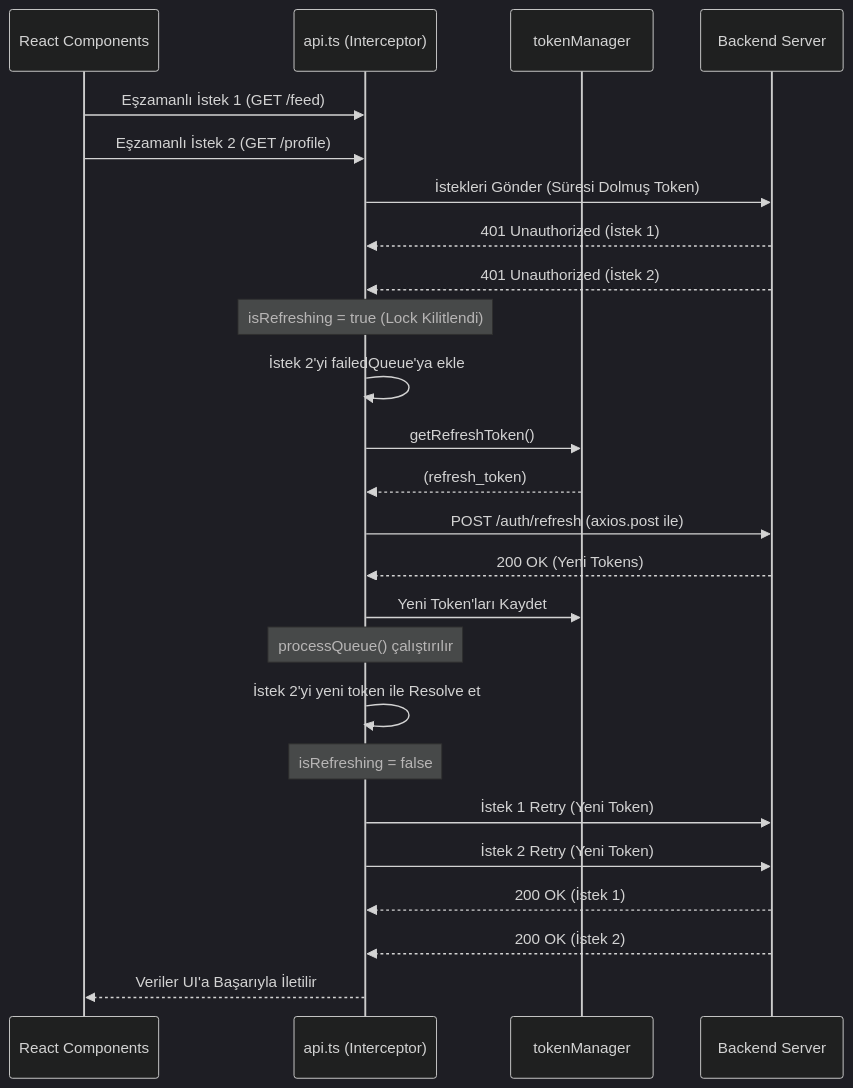
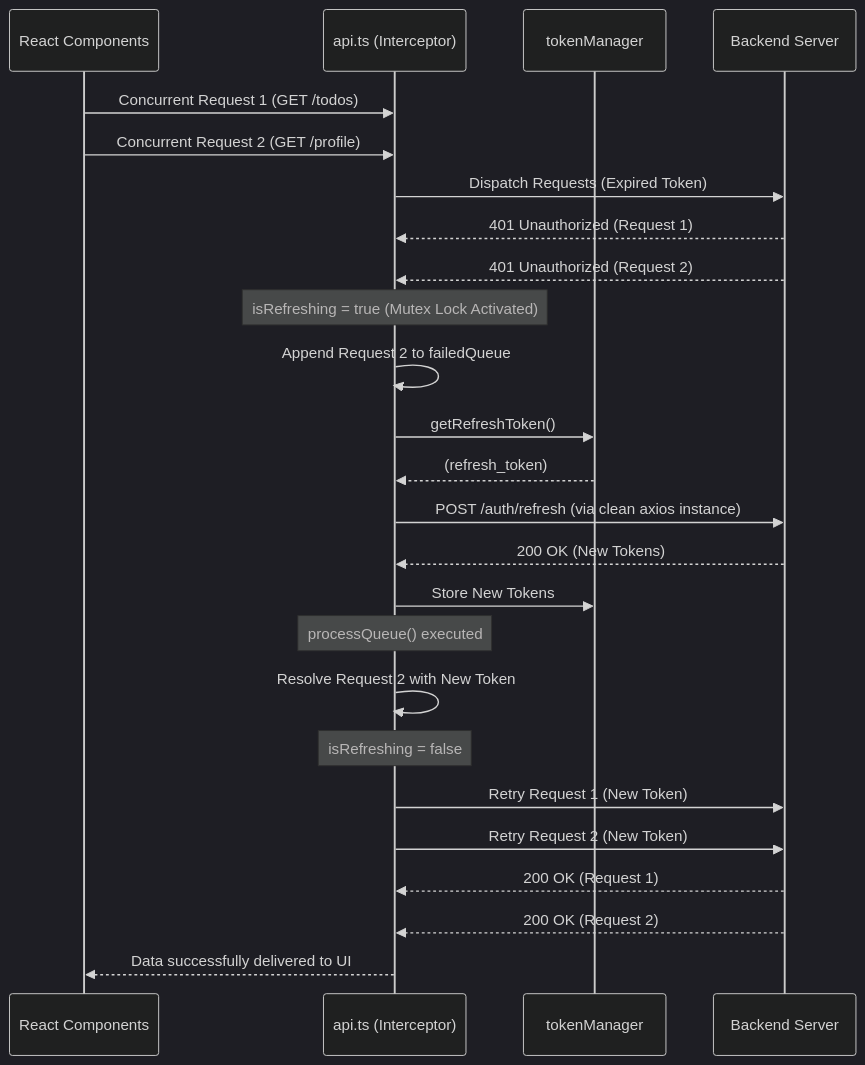
One commit to atakanotur/todo-app changed the second of 2 diagrams in README.md. Above: the diagram before and after it, drawn with Mermaid (dark theme). The commit also changed other lines of this file, not shown here.

````diff
--- a/README.md
+++ b/README.md
@@ -124,34 +231,34 @@
 ```mermaid
 sequenceDiagram
     participant UI as React Components
     participant Axios as api.ts (Interceptor)
     participant TokenMgr as tokenManager
     participant API as Backend Server
 
-    UI->>Axios: Eşzamanlı İstek 1 (GET /feed)
-    UI->>Axios: Eşzamanlı İstek 2 (GET /profile)
-    Axios->>API: İstekleri Gönder (Süresi Dolmuş Token)
+    UI->>Axios: Concurrent Request 1 (GET /todos)
+    UI->>Axios: Concurrent Request 2 (GET /profile)
+    Axios->>API: Dispatch Requests (Expired Token)
     
-    API-->>Axios: 401 Unauthorized (İstek 1)
-    API-->>Axios: 401 Unauthorized (İstek 2)
+    API-->>Axios: 401 Unauthorized (Request 1)
+    API-->>Axios: 401 Unauthorized (Request 2)
     
-    Note over Axios: isRefreshing = true (Lock Kilitlendi)
-    Axios->>Axios: İstek 2'yi failedQueue'ya ekle
+    Note over Axios: isRefreshing = true (Mutex Lock Activated)
+    Axios->>Axios: Append Request 2 to failedQueue
     
     Axios->>TokenMgr: getRefreshToken()
     TokenMgr-->>Axios: (refresh_token)
-    Axios->>API: POST /auth/refresh (axios.post ile)
-    API-->>Axios: 200 OK (Yeni Tokens)
+    Axios->>API: POST /auth/refresh (via clean axios instance)
+    API-->>Axios: 200 OK (New Tokens)
     
-    Axios->>TokenMgr: Yeni Token'ları Kaydet
+    Axios->>TokenMgr: Store New Tokens
     
-    Note over Axios: processQueue() çalıştırılır
-    Axios->>Axios: İstek 2'yi yeni token ile Resolve et
+    Note over Axios: processQueue() executed
+    Axios->>Axios: Resolve Request 2 with New Token
     Note over Axios: isRefreshing = false
     
-    Axios->>API: İstek 1 Retry (Yeni Token)
-    Axios->>API: İstek 2 Retry (Yeni Token)
-    API-->>Axios: 200 OK (İstek 1)
-    API-->>Axios: 200 OK (İstek 2)
-    Axios-->>UI: Veriler UI'a Başarıyla İletilir
+    Axios->>API: Retry Request 1 (New Token)
+    Axios->>API: Retry Request 2 (New Token)
+    API-->>Axios: 200 OK (Request 1)
+    API-->>Axios: 200 OK (Request 2)
+    Axios-->>UI: Data successfully delivered to UI
 ```
````
